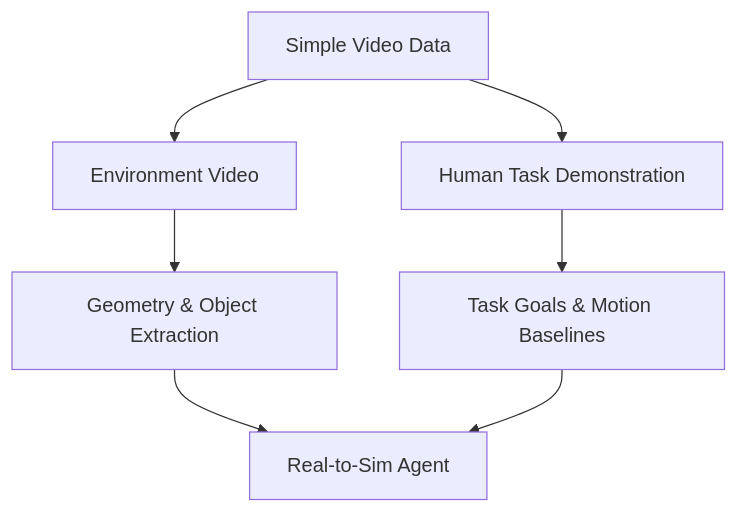
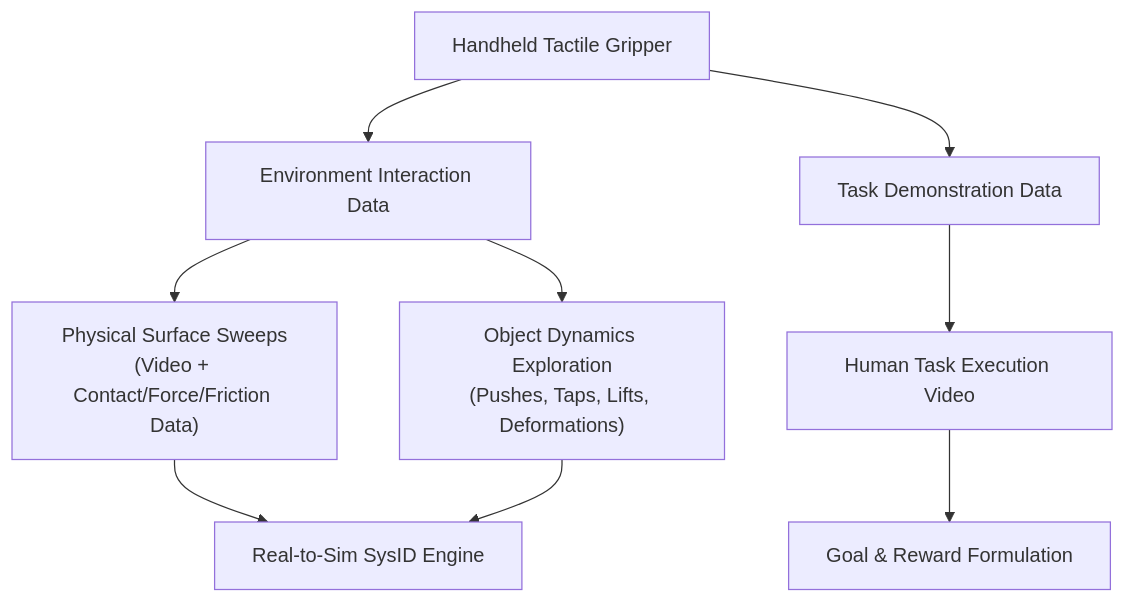
The fifth of 11 diagrams in docs/specs/post-demo/lunch_robotics.md (Freelunch-AI/freelunch-ide), drawn with Mermaid before and after one commit. The commit also changed other lines of this file, not shown here.

````diff
--- a/docs/specs/post-demo/lunch_robotics.md
+++ b/docs/specs/post-demo/lunch_robotics.md
@@ -371,11 +281,14 @@
 ```mermaid
 flowchart TD
-    A["Simple Video Data"] --> B["Environment Video"]
-    A --> C["Human Task Demonstration"]
+    A["Handheld Tactile Gripper"] --> B["Environment Interaction Data"]
+    A --> C["Task Demonstration Data"]
 
-    B --> D["Geometry & Object Extraction"]
-    C --> E["Task Goals & Motion Baselines"]
+    B --> D["Physical Surface Sweeps<br/>(Video + Contact/Force/Friction Data)"]
+    B --> E["Object Dynamics Exploration<br/>(Pushes, Taps, Lifts, Deformations)"]
 
-    D --> F["Real-to-Sim Agent"]
-    E --> F
+    C --> F["Human Task Execution Video"]
+
+    D --> G["Real-to-Sim SysID Engine"]
+    E --> G
+    F --> H["Goal & Reward Formulation"]
 ```
````
